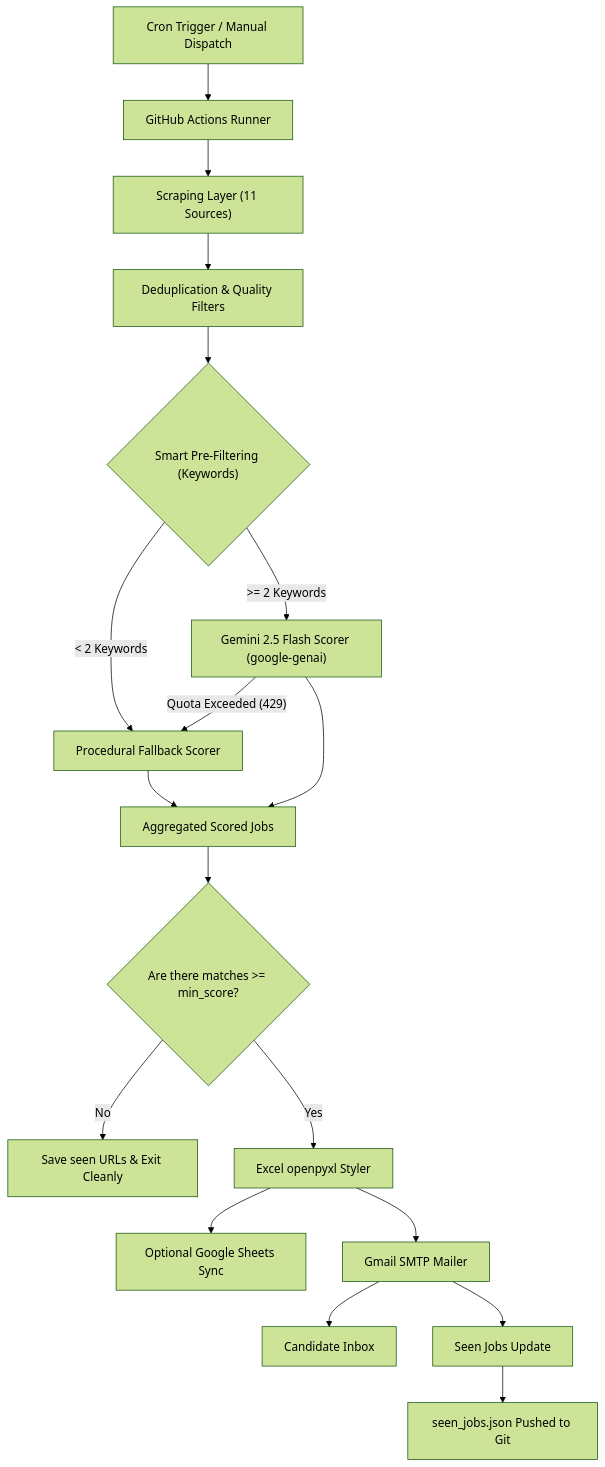
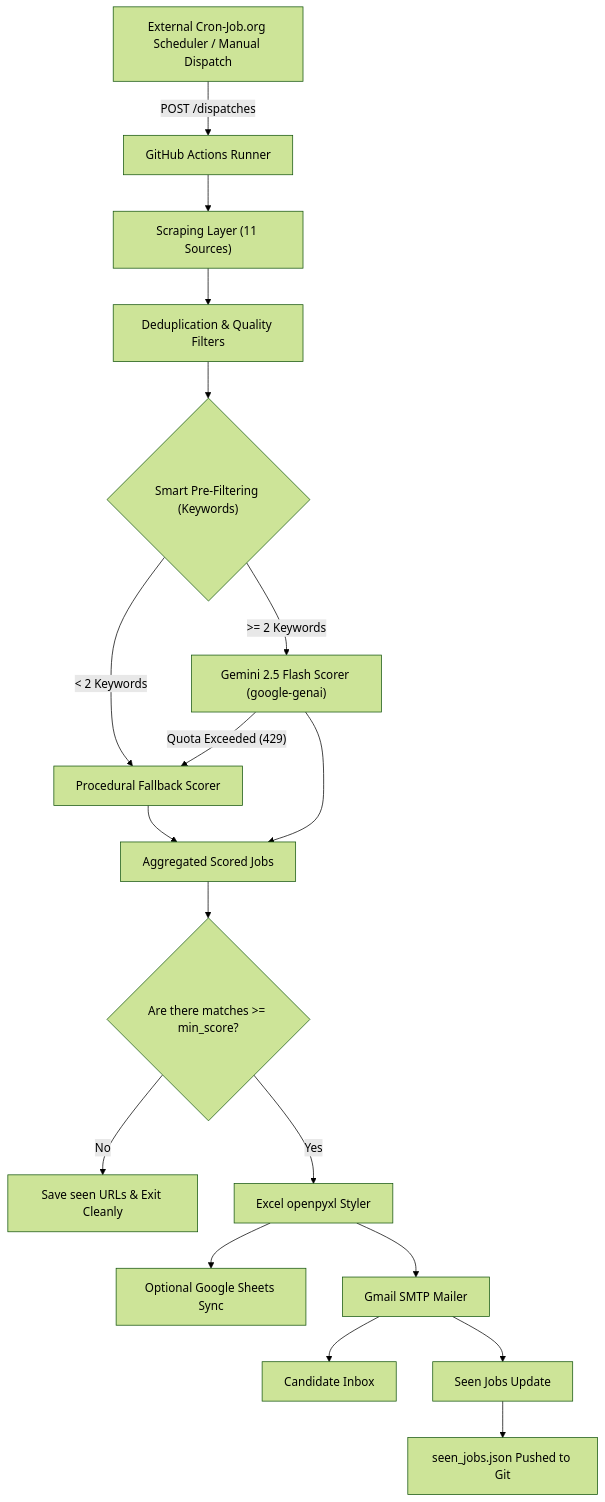
One commit to srinivassarkar/OpsHuntCLI changed the diagram in ARCHITECTURE.md. Above: the diagram before and after it, drawn with Mermaid (forest theme). The commit also changed other lines of this file and 1 other file, not shown here.

Commit message:
docs: update README and ARCHITECTURE with Cron-Job.org setup instructions

````diff
--- a/ARCHITECTURE.md
+++ b/ARCHITECTURE.md
@@ -13,20 +13,20 @@
 ```mermaid
 graph TD
-    A["Cron Trigger / Manual Dispatch"] --> B["GitHub Actions Runner"]
+    A["External Cron-Job.org Scheduler / Manual Dispatch"] -->|POST /dispatches| B["GitHub Actions Runner"]
     B --> C["Scraping Layer (11 Sources)"]
     C --> D["Deduplication & Quality Filters"]
     D --> E{"Smart Pre-Filtering (Keywords)"}
     E -->|"< 2 Keywords"| F["Procedural Fallback Scorer"]
     E -->|">= 2 Keywords"| G["Gemini 2.5 Flash Scorer (google-genai)"]
     G -->|"Quota Exceeded (429)"| F
     F --> H["Aggregated Scored Jobs"]
     G --> H
     H --> I{"Are there matches >= min_score?"}
     I -->|No| J["Save seen URLs & Exit Cleanly"]
     I -->|Yes| K["Excel openpyxl Styler"]
     K --> L["Optional Google Sheets Sync"]
     K --> M["Gmail SMTP Mailer"]
     M --> N["Candidate Inbox"]
     M --> O["Seen Jobs Update"]
     O --> P["seen_jobs.json Pushed to Git"]
 ```
````
